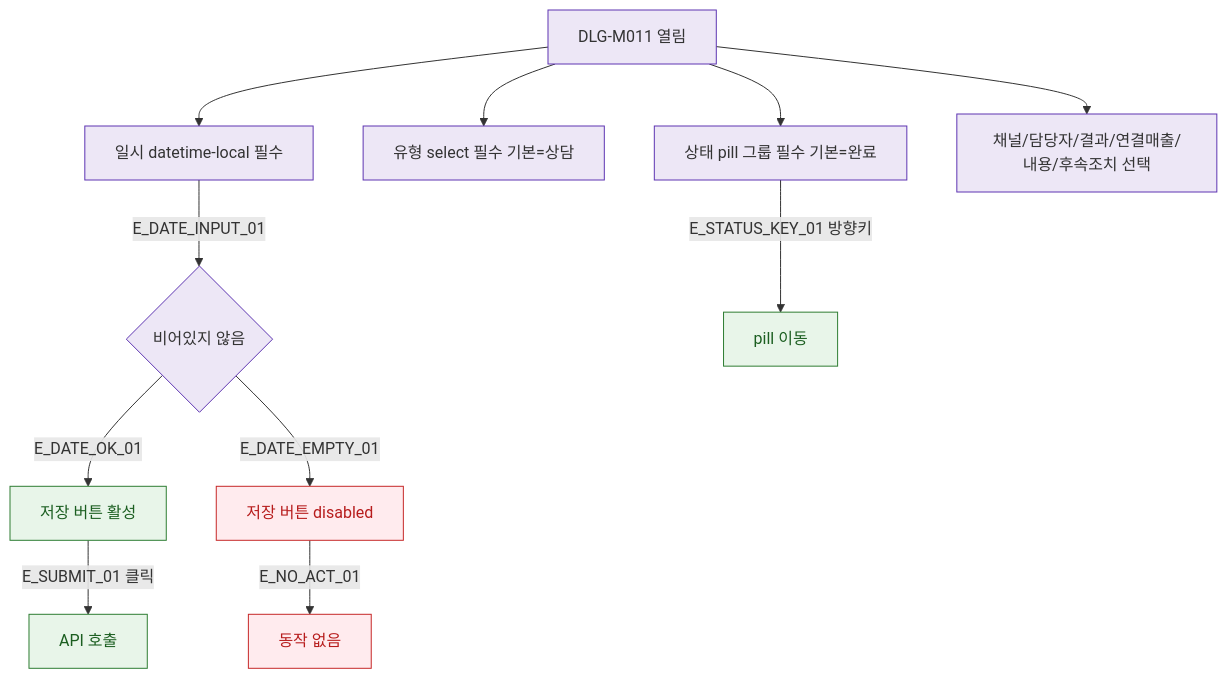
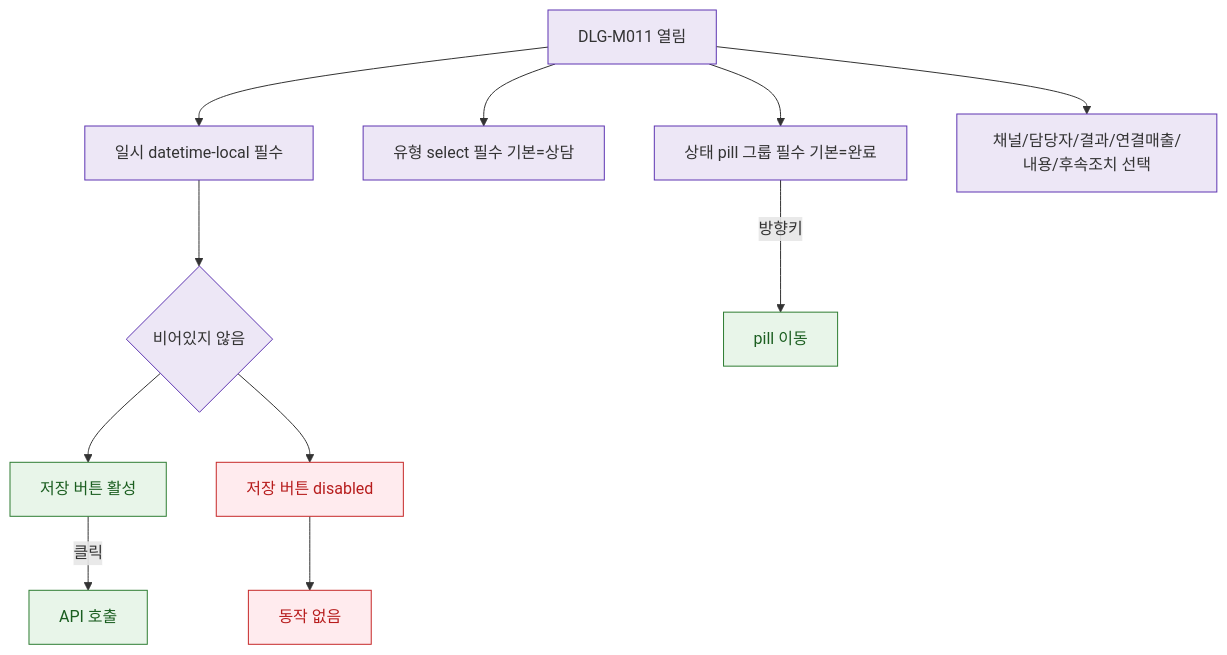
One commit to dev-spogym/admin-pando changed the diagram in docs/다이어그램/D02_회원관리/DLG/DLG-M011_상담등록/M2_필드검증.md. Above: the diagram before and after it, drawn with Mermaid. The commit also changed other lines of this file and 1660 other files, not shown here.

First line of the commit message:
다이어그램: 기획자/클라이언트 납품본으로 정리

````diff
--- a/docs/다이어그램/D02_회원관리/DLG/DLG-M011_상담등록/M2_필드검증.md
+++ b/docs/다이어그램/D02_회원관리/DLG/DLG-M011_상담등록/M2_필드검증.md
@@ -22,26 +20,26 @@
 ```mermaid
 flowchart TD
   DLG[DLG-M011 열림]
 
   DLG --> FLD_DATE[일시 datetime-local 필수]
   DLG --> FLD_TYPE[유형 select 필수 기본=상담]
   DLG --> FLD_STATUS[상태 pill 그룹 필수 기본=완료]
   DLG --> FLD_OPT[채널/담당자/결과/연결매출/내용/후속조치 선택]
 
-  FLD_DATE -->|E_DATE_INPUT_01| CHECK_DATE{비어있지 않음}
-  CHECK_DATE -->|E_DATE_OK_01| BTN_ACTIVE[저장 버튼 활성]
-  CHECK_DATE -->|E_DATE_EMPTY_01| BTN_DISABLED[저장 버튼 disabled]
+  FLD_DATE --> CHECK_DATE{비어있지 않음}
+  CHECK_DATE --> BTN_ACTIVE[저장 버튼 활성]
+  CHECK_DATE --> BTN_DISABLED[저장 버튼 disabled]
 
-  FLD_STATUS -->|E_STATUS_KEY_01 방향키| STATUS_MOVE[pill 이동]
+  FLD_STATUS -->|방향키|STATUS_MOVE[pill 이동]
 
-  BTN_ACTIVE   -->|E_SUBMIT_01 클릭| SUBMIT[API 호출]
-  BTN_DISABLED -->|E_NO_ACT_01| NO_ACTION[동작 없음]
+  BTN_ACTIVE -->|클릭|SUBMIT[API 호출]
+  BTN_DISABLED --> NO_ACTION[동작 없음]
 
-  classDef system  fill:#EDE7F6,stroke:#5E35B2
+  classDef system fill:#EDE7F6,stroke:#5E35B2
   classDef success fill:#E8F5E9,stroke:#2E7D32,color:#1B5E20
-  classDef error   fill:#FFEBEE,stroke:#C62828,color:#B71C1C
+  classDef error fill:#FFEBEE,stroke:#C62828,color:#B71C1C
 
   class DLG,FLD_DATE,FLD_TYPE,FLD_STATUS,FLD_OPT,CHECK_DATE system
   class BTN_ACTIVE,SUBMIT,STATUS_MOVE success
   class BTN_DISABLED,NO_ACTION error
 ```
````
